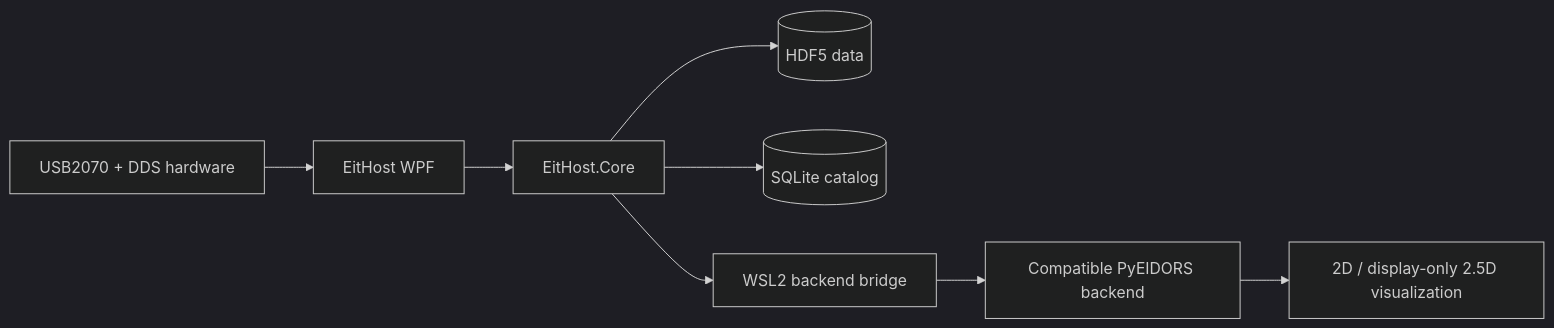
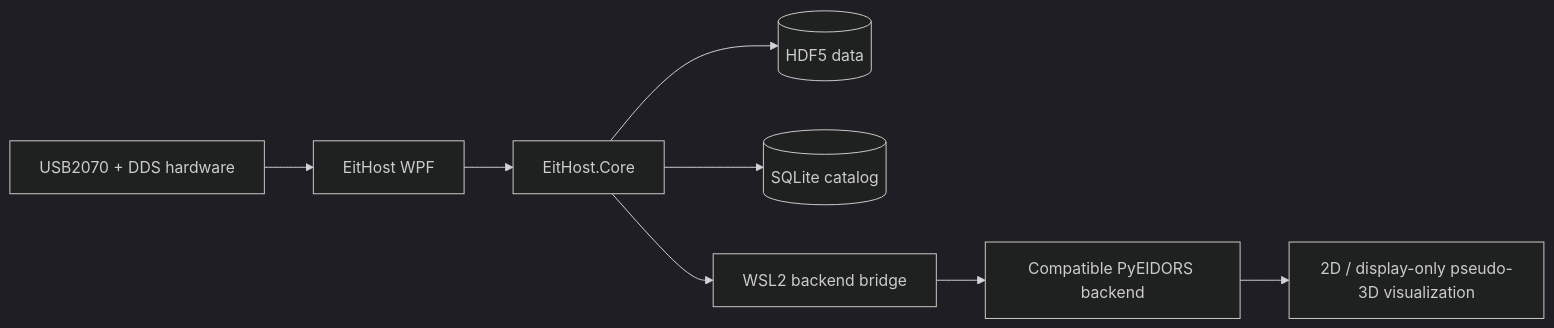
One commit to CBZ199671/EitHost changed the diagram in README.md. Above: the diagram before and after it, drawn with Mermaid (dark theme). The commit also changed other lines of this file and 1 other file, not shown here.

First line of the commit message:
docs: describe pseudo-3D view and the single-directory release flow

````diff
--- a/README.md
+++ b/README.md
@@ -36,10 +36,10 @@
 ```mermaid
 flowchart LR
     H[USB2070 + DDS hardware] --> A[EitHost WPF]
     A --> C[EitHost.Core]
     C --> H5[(HDF5 data)]
     C --> DB[(SQLite catalog)]
     C --> B[WSL2 backend bridge]
     B --> P[Compatible PyEIDORS backend]
-    P --> V[2D / display-only 2.5D visualization]
+    P --> V[2D / display-only pseudo-3D visualization]
 ```
````
